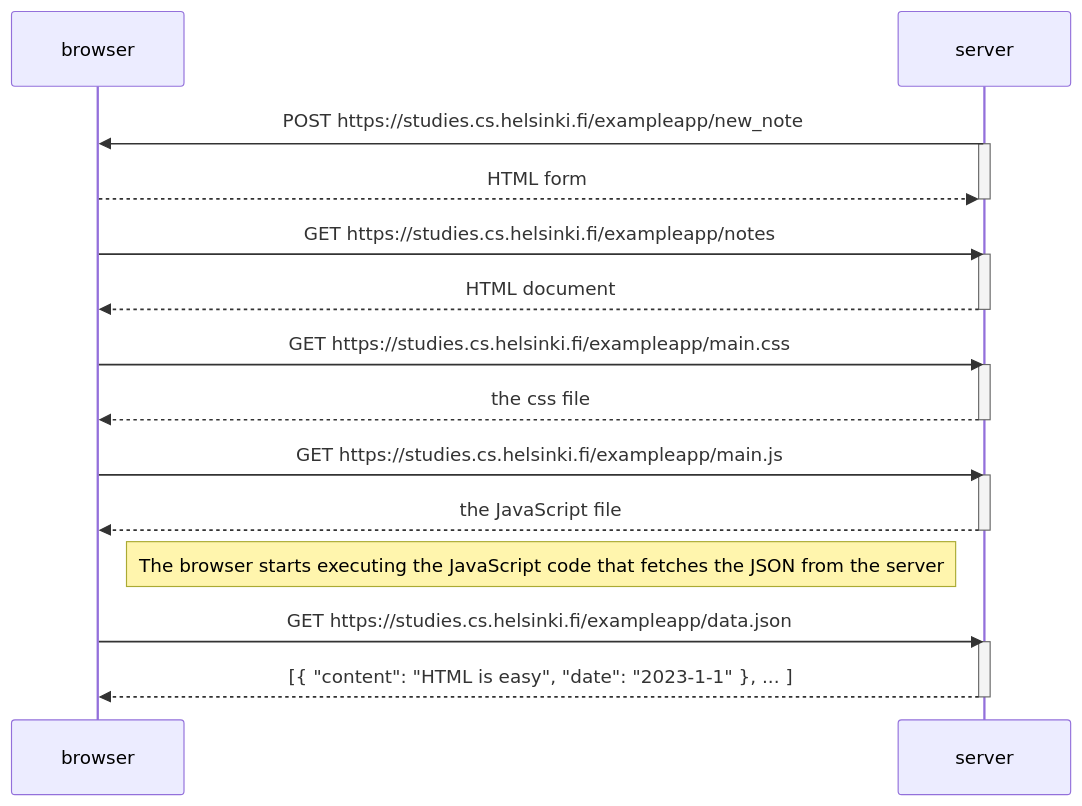
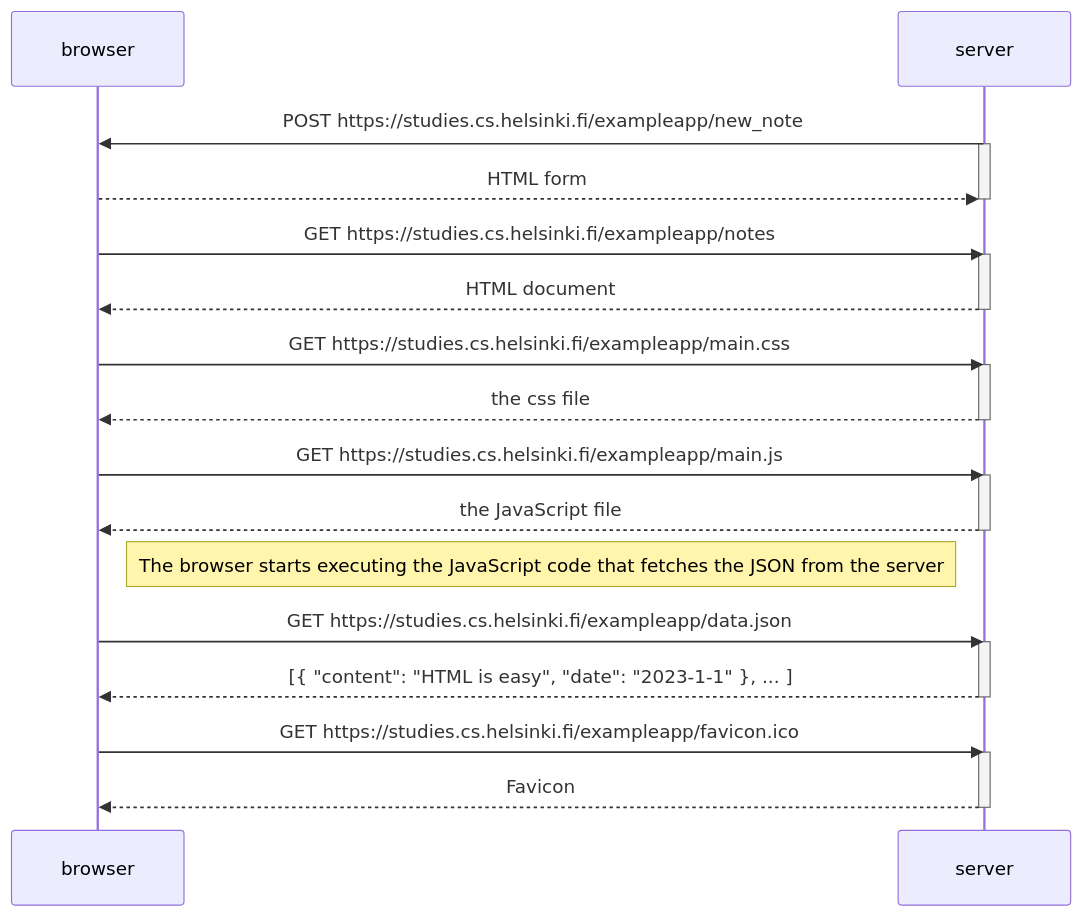
Before and after one commit to QuentinGouttaya/FullStackOpen: the diagram in mermaid.md, drawn with Mermaid.

````diff
--- a/mermaid.md
+++ b/mermaid.md
@@ -1,32 +1,37 @@
 ```mermaid
 sequenceDiagram
     participant browser
     participant server
 
     server->>browser: POST https://studies.cs.helsinki.fi/exampleapp/new_note
     activate server
     browser-->>server: HTML form
     deactivate server
   
     browser->>server: GET https://studies.cs.helsinki.fi/exampleapp/notes
     activate server
     server-->>browser: HTML document
     deactivate server
     
     browser->>server: GET https://studies.cs.helsinki.fi/exampleapp/main.css
     activate server
     server-->>browser: the css file
     deactivate server
 
     browser->>server: GET https://studies.cs.helsinki.fi/exampleapp/main.js
     activate server
     server-->>browser: the JavaScript file
     deactivate server
 
     Note right of browser: The browser starts executing the JavaScript code that fetches the JSON from the server
 
     browser->>server: GET https://studies.cs.helsinki.fi/exampleapp/data.json
     activate server
     server-->>browser: [{ "content": "HTML is easy", "date": "2023-1-1" }, ... ]
     deactivate server
+   
+    browser->>server: GET https://studies.cs.helsinki.fi/exampleapp/favicon.ico
+    activate server
+    server-->>browser: Favicon
+    deactivate server
 ```
````
